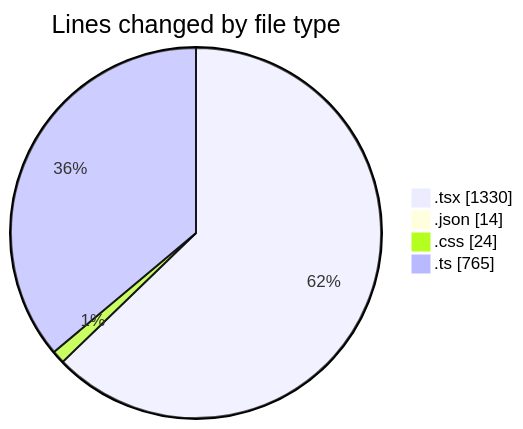
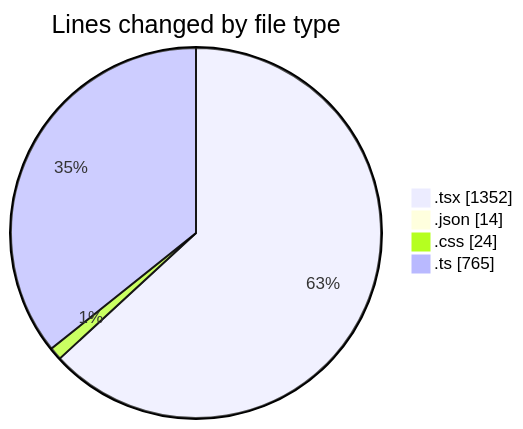
The first of 2 diagrams in 2025-05-05/niten/README.md (Elitesun/code-tracking), drawn with Mermaid before and after one commit. The commit also changed other lines of this file and 1 other file, not shown here.

````diff
--- a/2025-05-05/niten/README.md
+++ b/2025-05-05/niten/README.md
@@ -47,8 +48,8 @@
 ```mermaid
 pie showData
 title Lines changed by file type
-".tsx" : 1330
+".tsx" : 1352
 ".json" : 14
 ".css" : 24
 ".ts" : 765
 ```
````
